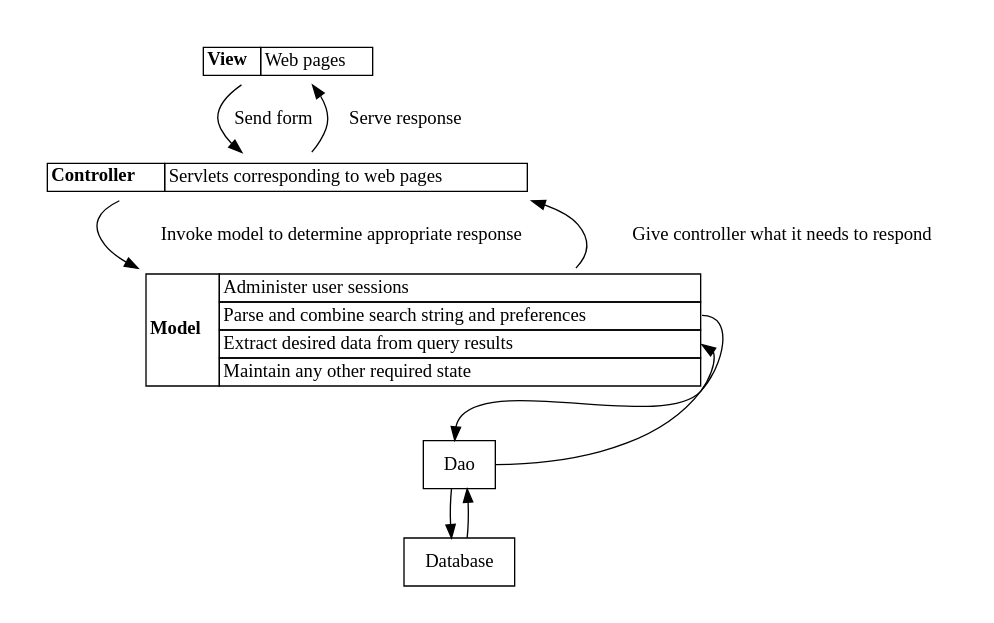
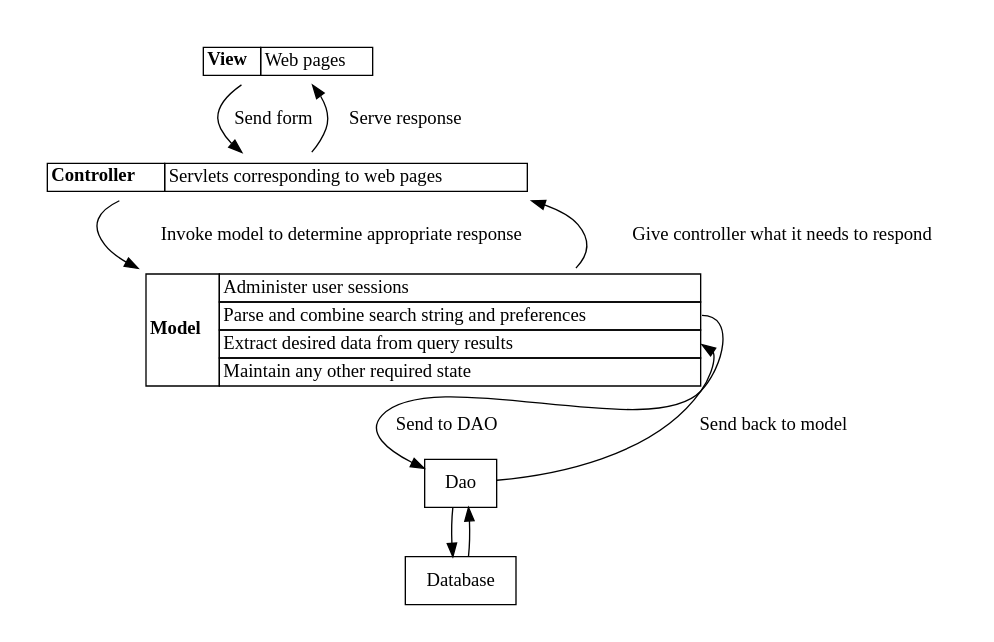
Before and after one commit to pnoom/bc-search: the diagram in docs/graphviz/architecture1.gv, drawn with Graphviz.

Commit message:
More diagram tweaks

```diff
--- a/docs/graphviz/architecture1.gv
+++ b/docs/graphviz/architecture1.gv
@@ -1,60 +1,61 @@
 // MVC structure
 
 digraph mvc {
   compound = true;
   node [shape=box];
 
   // View
   subgraph cluster_0 {
     color = white;
     node [shape=plaintext];
     view [
       label=<
       <table border="0" cellborder="1" cellspacing="0">
 	<tr><td rowspan="1"><b>View</b></td><td align="left" port="1">Web pages</td></tr>
       </table>
       >];
   }
 
   // Controller
   subgraph cluster_1 {
     color = white;
     node [shape=plaintext];
     controller [
       label=<
       <table border="0" cellborder="1" cellspacing="0">
 	<tr><td rowspan="1"><b>Controller</b></td><td align="left" port="1">Servlets corresponding to web pages</td></tr>
       </table>
       >];
   }
 
   // Model
   subgraph cluster_2 {
     color = white;
     node [shape=plaintext];
     model [
       label=<
       <table border="0" cellborder="1" cellspacing="0">
 	<tr><td rowspan="4"><b>Model</b></td><td align="left" port="1">Administer user sessions</td></tr>
 	<tr><td align="left" port="2">Parse and combine search string and preferences</td></tr>
 	<tr><td align="left" port="3">Extract desired data from query results</td></tr>
 	<tr><td align="left" port="4">Maintain any other required state</td></tr>
       </table>
       >];
   }
 
   // Database
   subgraph cluster_3 {
     color = white;
     dao [label="Dao"];
     db [label="Database"];
   }
+  
   view -> controller [label="Send form "];
   controller -> view [label="Serve response "];
   controller -> model [label="Invoke model to determine appropriate response "];
   model -> controller [label="Give controller what it needs to respond "];
-  model:2 -> dao;
+  model:2 -> dao [label="Send to DAO "];
   dao -> db;
   db -> dao;
-  dao -> model:3;
+  dao -> model:3 [label="Send back to model "];
 }
```
